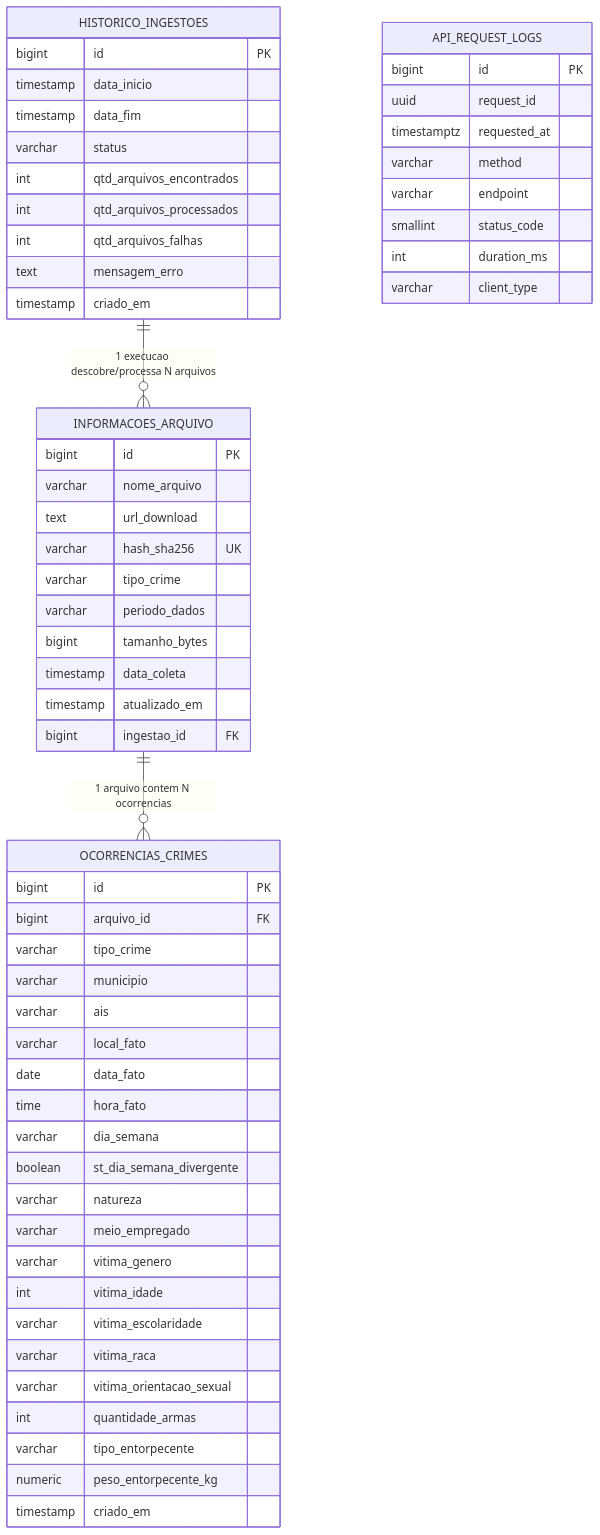
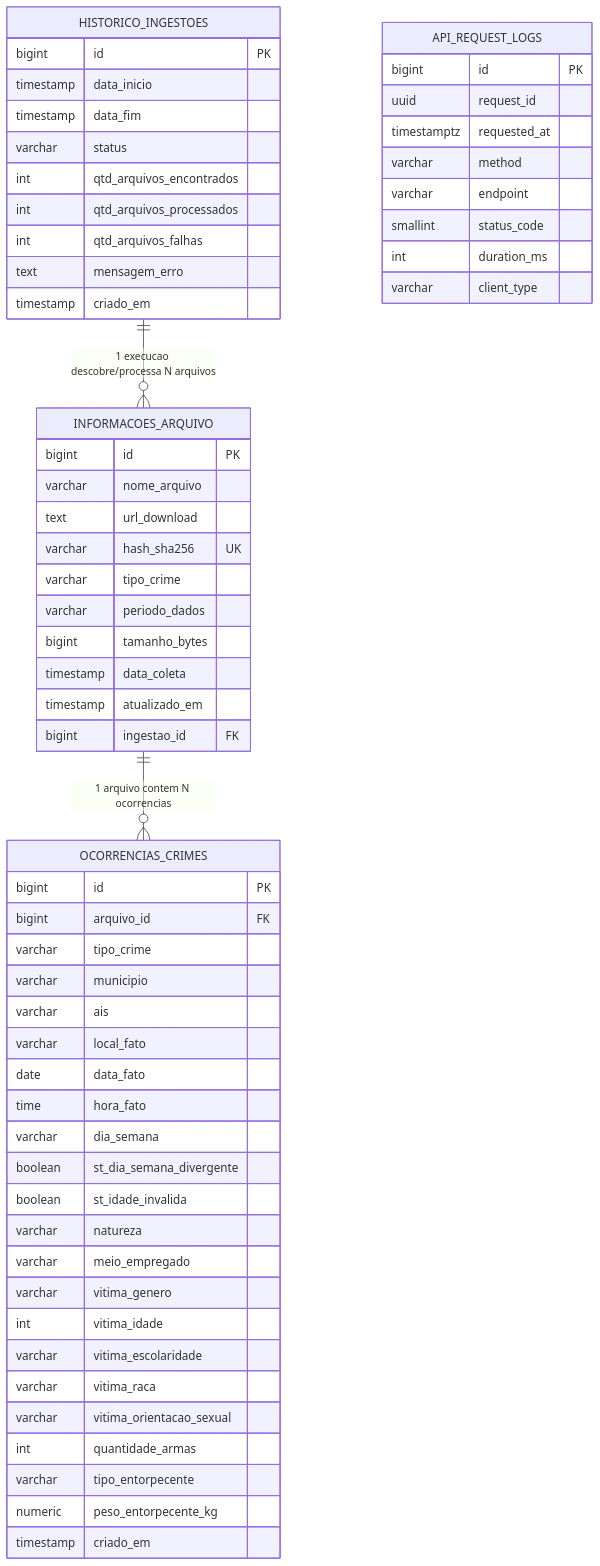
One commit to lucaspbds/api_sspds changed the diagram in docs/database.md. Above: the diagram before and after it, drawn with Mermaid.

Commit message:
docs(database): inclui coluna st_idade_invalida no diagrama MER

````diff
--- a/docs/database.md
+++ b/docs/database.md
@@ -18,65 +18,66 @@
 ```mermaid
 erDiagram
     HISTORICO_INGESTOES ||--o{ INFORMACOES_ARQUIVO : "1 execucao descobre/processa N arquivos"
     INFORMACOES_ARQUIVO ||--o{ OCORRENCIAS_CRIMES : "1 arquivo contem N ocorrencias"
 
     HISTORICO_INGESTOES {
         bigint id PK
         timestamp data_inicio
         timestamp data_fim
         varchar status
         int qtd_arquivos_encontrados
         int qtd_arquivos_processados
         int qtd_arquivos_falhas
         text mensagem_erro
         timestamp criado_em
     }
 
     INFORMACOES_ARQUIVO {
         bigint id PK
         varchar nome_arquivo
         text url_download
         varchar hash_sha256 UK
         varchar tipo_crime
         varchar periodo_dados
         bigint tamanho_bytes
         timestamp data_coleta
         timestamp atualizado_em
         bigint ingestao_id FK
     }
 
     OCORRENCIAS_CRIMES {
         bigint id PK
         bigint arquivo_id FK
         varchar tipo_crime
         varchar municipio
         varchar ais
         varchar local_fato
         date data_fato
         time hora_fato
         varchar dia_semana
         boolean st_dia_semana_divergente
+        boolean st_idade_invalida
         varchar natureza
         varchar meio_empregado
         varchar vitima_genero
         int vitima_idade
         varchar vitima_escolaridade
         varchar vitima_raca
         varchar vitima_orientacao_sexual
         int quantidade_armas
         varchar tipo_entorpecente
         numeric peso_entorpecente_kg
         timestamp criado_em
     }
 
     API_REQUEST_LOGS {
         bigint id PK
         uuid request_id
         timestamptz requested_at
         varchar method
         varchar endpoint
         smallint status_code
         int duration_ms
         varchar client_type
     }
 ```
````
